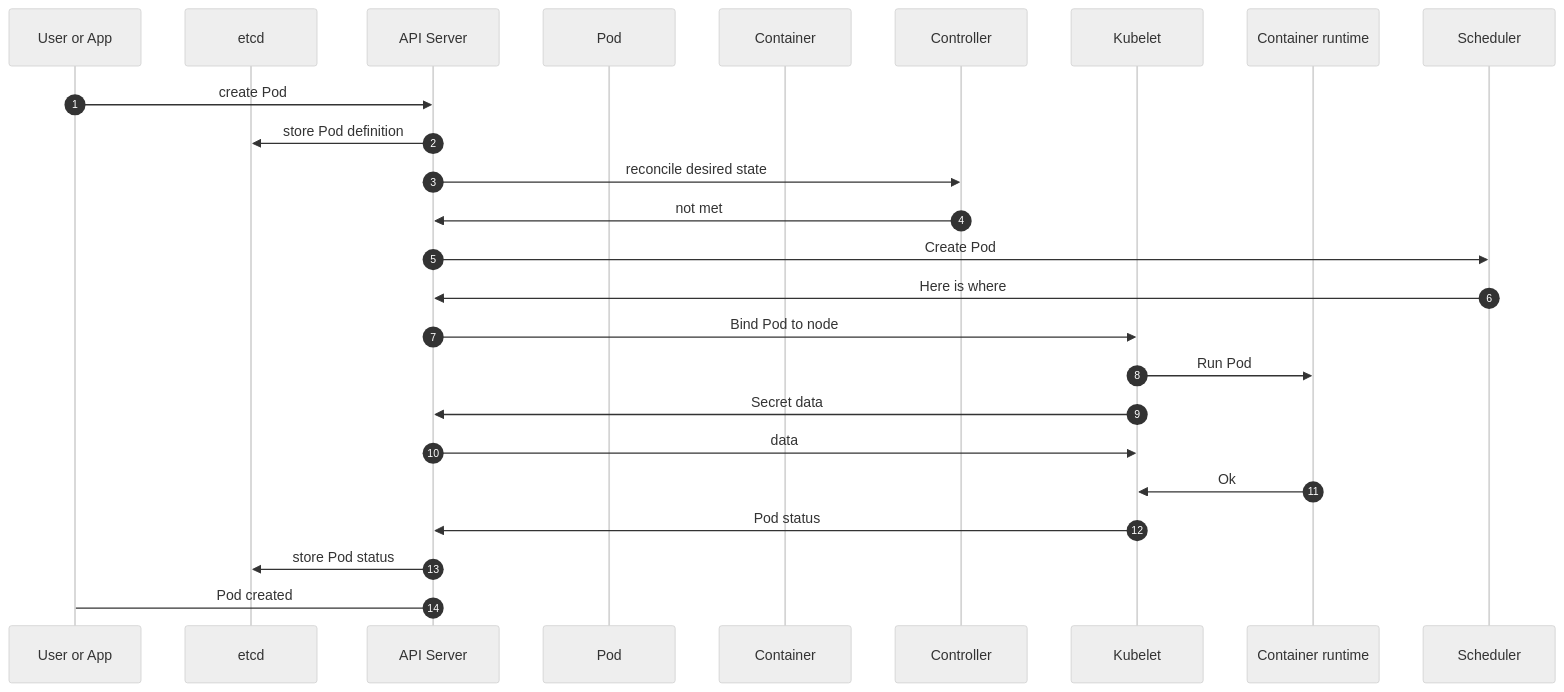
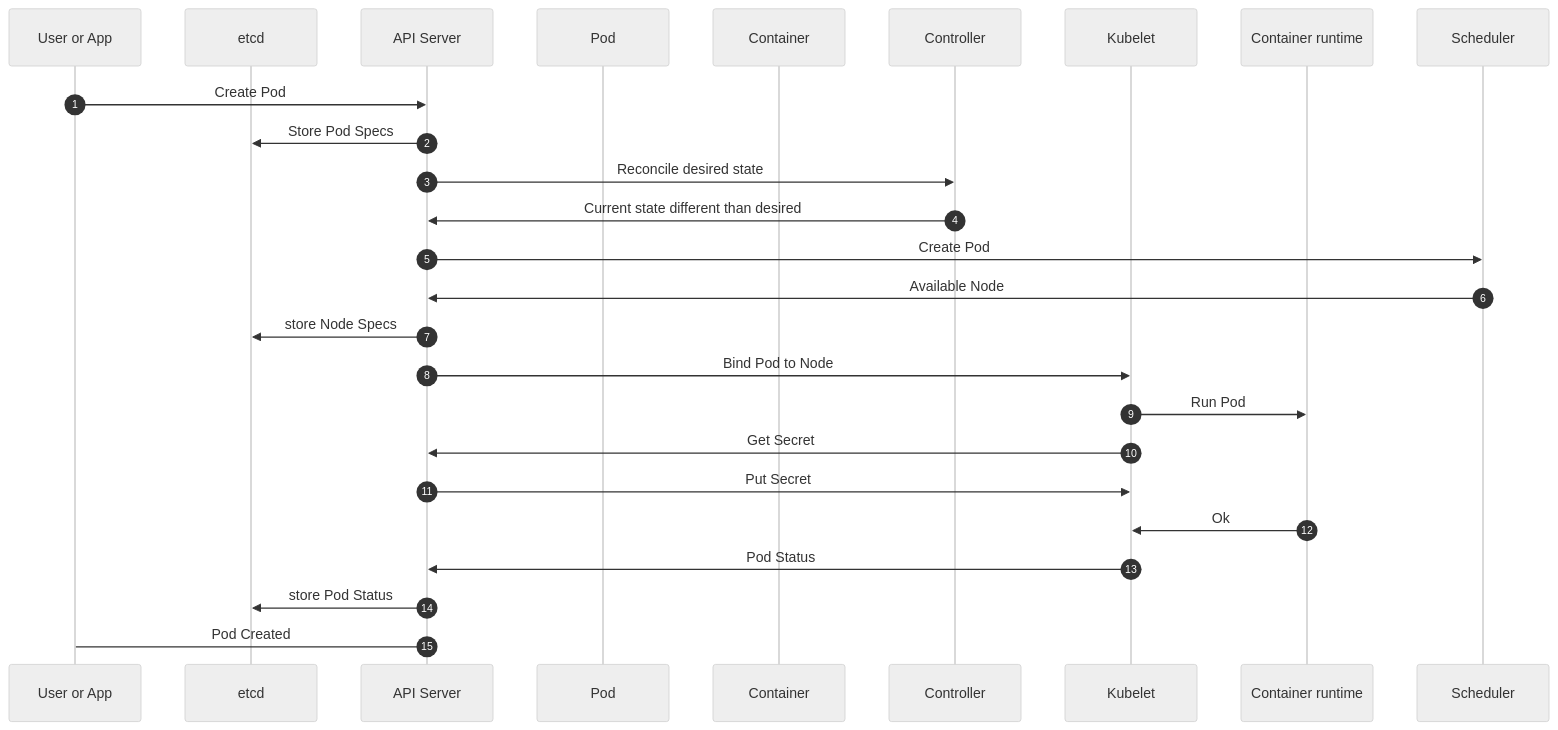
Before and after one commit to PacktPublishing/Kubernetes-Secrets-Handbook: the second of 2 diagrams in ch01/example02/readme.md, drawn with Mermaid (neutral theme).

Commit message:
chapter 1 - example 2

````diff
--- a/ch01/example02/readme.md
+++ b/ch01/example02/readme.md
@@ -151,26 +151,27 @@
 ```mermaid
 sequenceDiagram
 participant User or App
 participant etcd
 participant API Server
 participant Pod
 participant Container
 participant Controller
 participant Kubelet
 participant Container runtime
 autonumber
-  User or App->>API Server: create Pod
-  API Server->>etcd: store Pod definition
-  API Server->>Controller: reconcile desired state
-  Controller->>API Server: not met
+  User or App->>API Server: Create Pod
+  API Server->>etcd: Store Pod Specs
+  API Server->>Controller: Reconcile desired state
+  Controller->>API Server: Current state different than desired
   API Server->>Scheduler: Create Pod
-  Scheduler->>API Server: Here is where
-  API Server->>Kubelet: Bind Pod to node
+  Scheduler->>API Server: Available Node
+  API Server->>etcd: store Node Specs
+  API Server->>Kubelet: Bind Pod to Node
   Kubelet->>Container runtime: Run Pod
-  Kubelet->>API Server: Secret data
-  API Server->>Kubelet: data
+  Kubelet->>API Server: Get Secret
+  API Server->>Kubelet: Put Secret
   Container runtime->>Kubelet: Ok
-  Kubelet->>API Server: Pod status
-  API Server->>etcd: store Pod status
-  API Server-> User or App: Pod created
+  Kubelet->>API Server: Pod Status
+  API Server->>etcd: store Pod Status
+  API Server-> User or App: Pod Created
 ```
````
